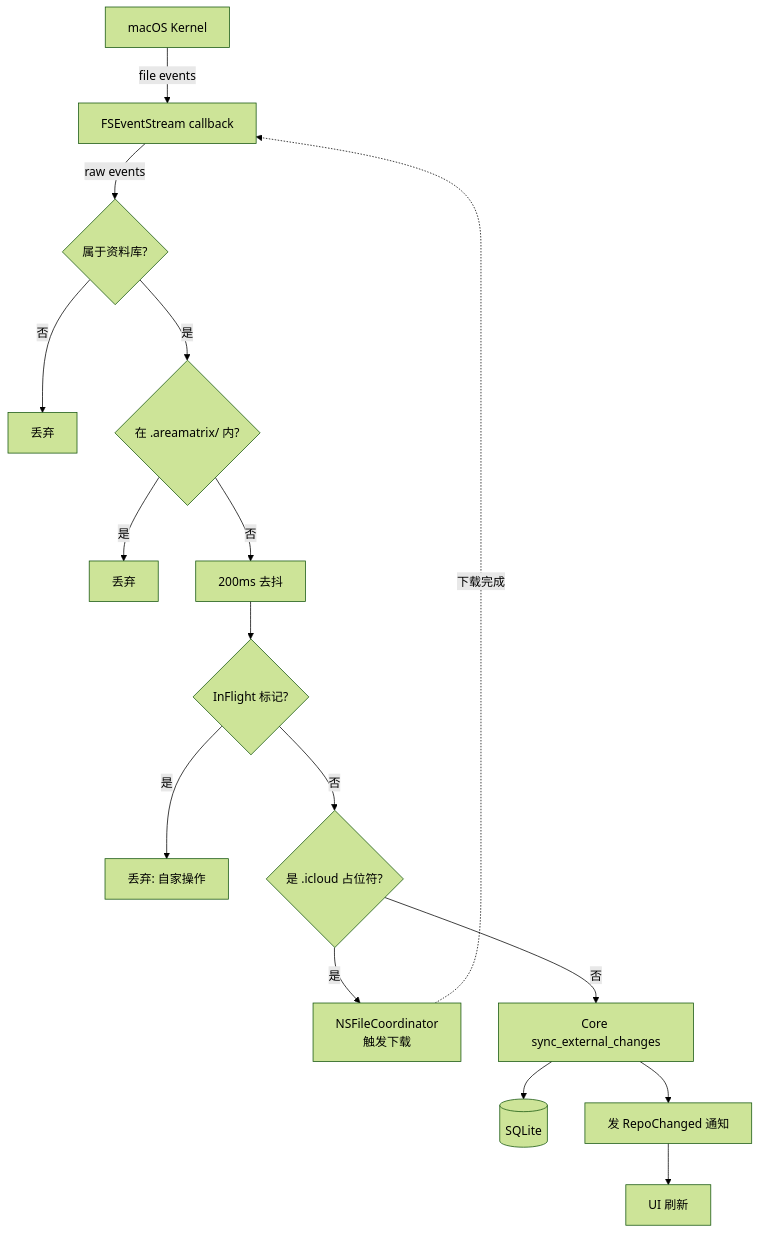
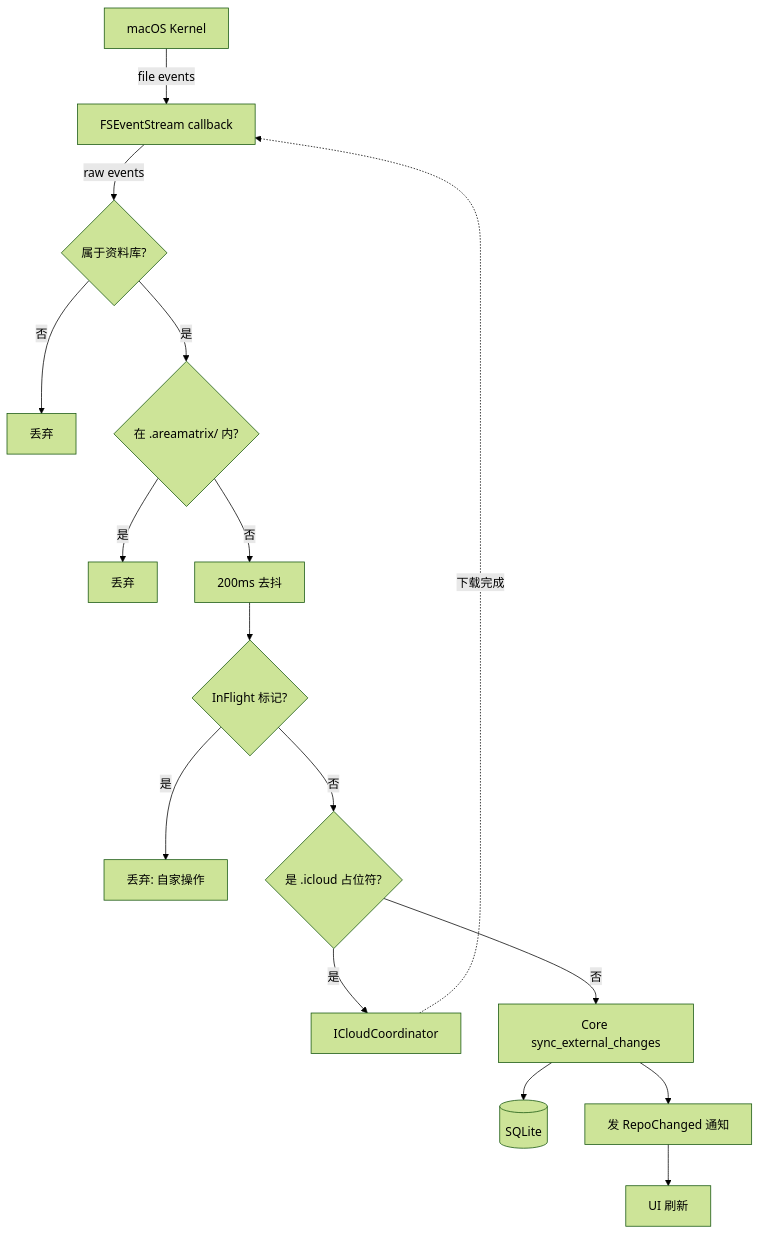
The first of 5 diagrams in docs/architecture/fs-watcher.md (AreaSong/AreaMatrix), drawn with Mermaid (forest theme) before and after one commit. The commit also changed other lines of this file and 18 other files, not shown here.

````diff
--- a/docs/architecture/fs-watcher.md
+++ b/docs/architecture/fs-watcher.md
@@ -21,19 +22,19 @@
 ```mermaid
 flowchart TB
     OS[macOS Kernel]
     OS -->|file events| FSEvent[FSEventStream callback]
     FSEvent -->|raw events| Filter1{属于资料库?}
     Filter1 -->|否| Drop1[丢弃]
     Filter1 -->|是| Filter2{在 .areamatrix/ 内?}
     Filter2 -->|是| Drop2[丢弃]
     Filter2 -->|否| Debounce[200ms 去抖]
     Debounce --> Filter3{InFlight 标记?}
     Filter3 -->|是| Drop3[丢弃: 自家操作]
     Filter3 -->|否| Resolve{是 .icloud 占位符?}
-    Resolve -->|是| Coordinate[NSFileCoordinator<br/>触发下载]
+    Resolve -->|是| Coordinate[ICloudCoordinator]
     Resolve -->|否| Sync[Core sync_external_changes]
     Coordinate -.下载完成.-> FSEvent
     Sync --> DB[(SQLite)]
     Sync --> Notify[发 RepoChanged 通知]
     Notify --> UI[UI 刷新]
 ```
````
